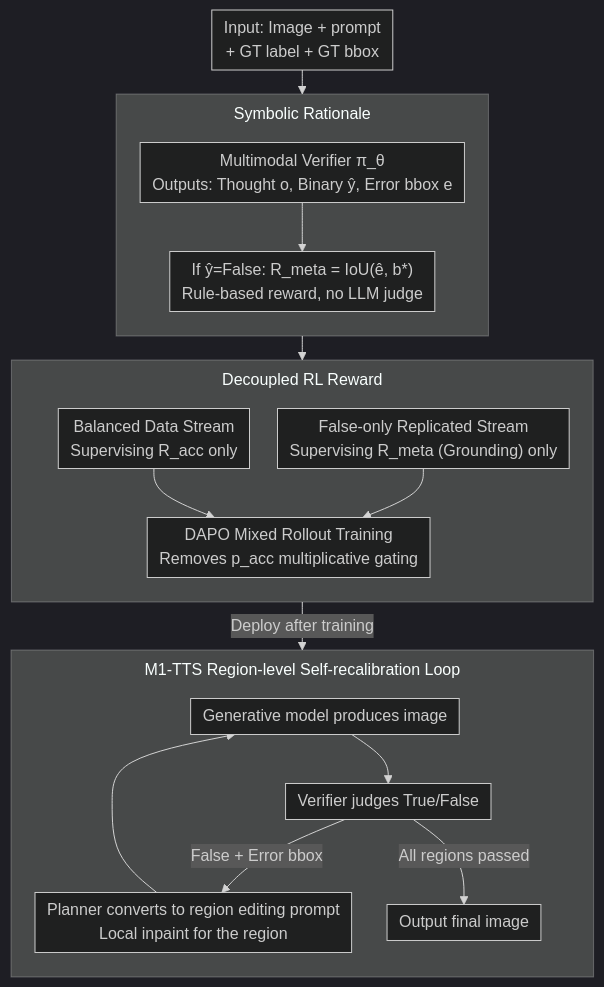
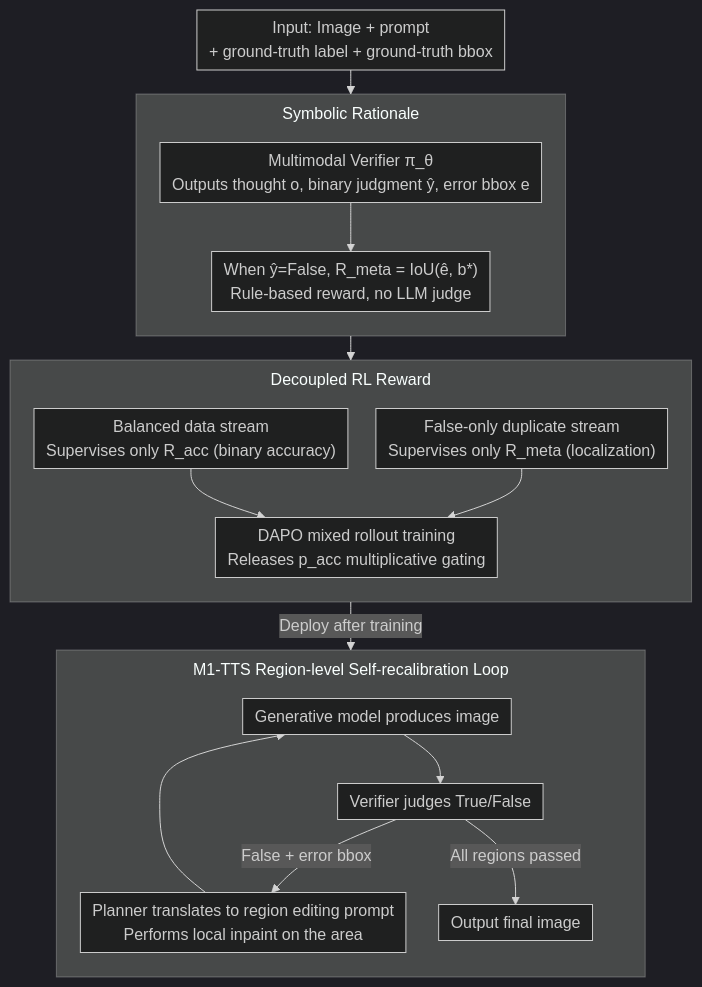
The diagram in docs/ICML2026/object_detection/omniverifier-m1_multimodal_meta-verifier_with_explicit_structured_recalibration.md (zhaoyang97/Paper-Notes-en), drawn with Mermaid (dark theme) before and after one commit. The commit also changed other lines of this file and 5084 other files, not shown here.

````diff
--- a/docs/ICML2026/object_detection/omniverifier-m1_multimodal_meta-verifier_with_explicit_structured_recalibration.md
+++ b/docs/ICML2026/object_detection/omniverifier-m1_multimodal_meta-verifier_with_explicit_structured_recalibration.md
@@ -45,27 +45,27 @@
 ```mermaid
 %%{init: {'flowchart': {'rankSpacing': 24, 'nodeSpacing': 28, 'padding': 6, 'wrappingWidth': 400, 'subGraphTitleMargin': {'top': 8, 'bottom': 16}}}}%%
 flowchart TD
-    A["Input: Image + prompt<br/>+ GT label + GT bbox"]
+    A["Input: Image + prompt<br/>+ ground-truth label + ground-truth bbox"]
     subgraph SYM["Symbolic Rationale"]
         direction TB
-        B["Multimodal Verifier π_θ<br/>Outputs: Thought o, Binary ŷ, Error bbox e"]
-        B --> C["If ŷ=False: R_meta = IoU(ê, b*)<br/>Rule-based reward, no LLM judge"]
+        B["Multimodal Verifier π_θ<br/>Outputs thought o, binary judgment ŷ, error bbox e"]
+        B --> C["When ŷ=False, R_meta = IoU(ê, b*)<br/>Rule-based reward, no LLM judge"]
     end
     A --> B
     subgraph DEC["Decoupled RL Reward"]
         direction TB
-        D["Balanced Data Stream<br/>Supervising R_acc only"]
-        E["False-only Replicated Stream<br/>Supervising R_meta (Grounding) only"]
-        D --> F["DAPO Mixed Rollout Training<br/>Removes p_acc multiplicative gating"]
+        D["Balanced data stream<br/>Supervises only R_acc (binary accuracy)"]
+        E["False-only duplicate stream<br/>Supervises only R_meta (localization)"]
+        D --> F["DAPO mixed rollout training<br/>Releases p_acc multiplicative gating"]
         E --> F
     end
     C --> D
     subgraph TTS["M1-TTS Region-level Self-recalibration Loop"]
         direction TB
         H["Generative model produces image"] --> I["Verifier judges True/False"]
-        I -->|False + Error bbox| J["Planner converts to region editing prompt<br/>Local inpaint for the region"]
+        I -->|False + error bbox| J["Planner translates to region editing prompt<br/>Performs local inpaint on the area"]
         J --> H
         I -->|All regions passed| K["Output final image"]
     end
     F -->|Deploy after training| H
 ```
````
